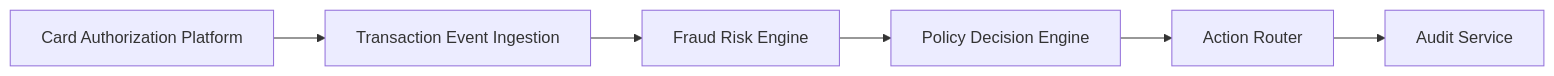
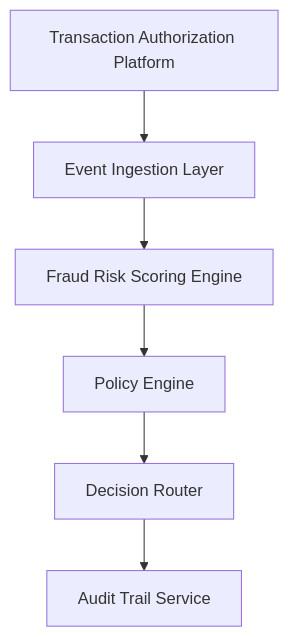
One commit to Davamani-git/APB_Demo changed the diagram in HLD/QE-4549_HLD.md. Above: the diagram before and after it, drawn with Mermaid. The commit also changed other lines of this file and 1 other file, not shown here.

````diff
--- a/HLD/QE-4549_HLD.md
+++ b/HLD/QE-4549_HLD.md
@@ -7,14 +7,14 @@
 ```mermaid
-flowchart LR
-    A["Card Authorization Platform"]
-    B["Transaction Event Ingestion"]
-    C["Fraud Risk Engine"]
-    D["Policy Decision Engine"]
-    E["Action Router"]
-    F["Audit Service"]
+flowchart TD
+    A["Transaction Authorization Platform"]
+    B["Event Ingestion Layer"]
+    C["Fraud Risk Scoring Engine"]
+    D["Policy Engine"]
+    E["Decision Router"]
+    F["Audit Trail Service"]
     A --> B
     B --> C
     C --> D
     D --> E
     E --> F
 ```
````
